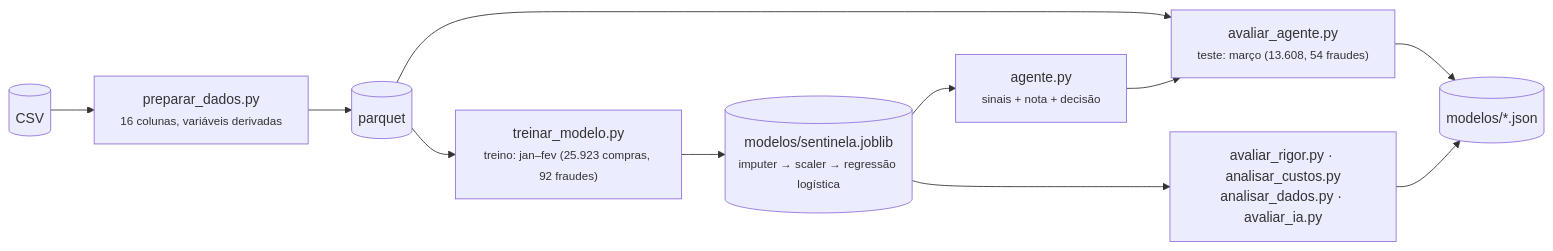
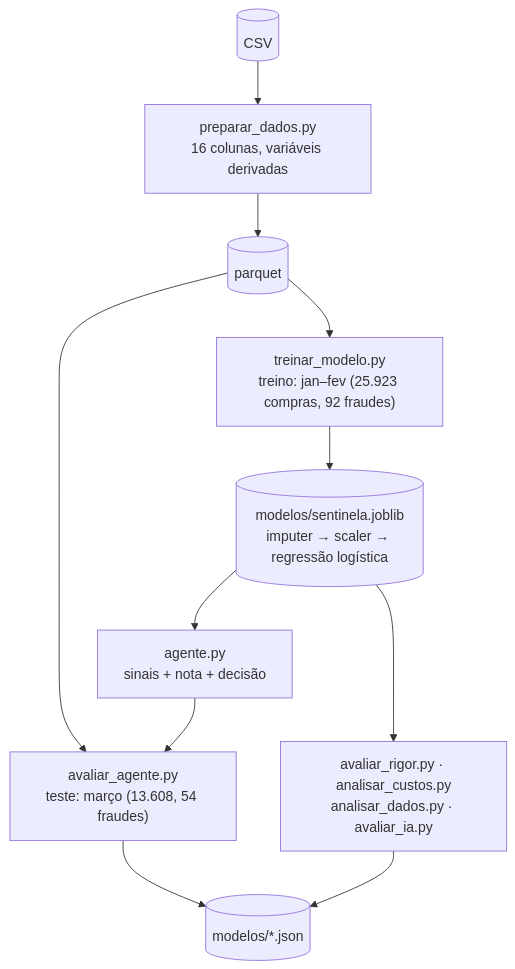
One commit to PedroMLegnaghi/Sentinela_IBM_SkillsBuildAILab_Sicredi_challenge changed diagram 11 of 15 in README.md. Above: the diagram before and after it, drawn with Mermaid. The commit also changed other lines of this file, not shown here.

Commit message:
docs: corrige a formatação dos diagramas do README no GitHub (#149)

````diff
--- a/README.md
+++ b/README.md
@@ -434,13 +435,13 @@
 ```mermaid
-flowchart LR
-    A[("CSV")] --> B["preparar_dados.py<br/><small>16 colunas, variáveis derivadas</small>"]
+flowchart TD
+    A[("CSV")] --> B["preparar_dados.py<br/>16 colunas, variáveis derivadas"]
     B --> C[("parquet")]
-    C --> D["treinar_modelo.py<br/><small>treino: jan–fev (25.923 compras, 92 fraudes)</small>"]
-    D --> E[("modelos/sentinela.joblib<br/><small>imputer → scaler → regressão logística</small>")]
-    E --> F["agente.py<br/><small>sinais + nota + decisão</small>"]
-    C --> G["avaliar_agente.py<br/><small>teste: março (13.608, 54 fraudes)</small>"]
+    C --> D["treinar_modelo.py<br/>treino: jan–fev (25.923 compras, 92 fraudes)"]
+    D --> E[("modelos/sentinela.joblib<br/>imputer → scaler → regressão logística")]
+    E --> F["agente.py<br/>sinais + nota + decisão"]
+    C --> G["avaliar_agente.py<br/>teste: março (13.608, 54 fraudes)"]
     F --> G
     G --> H[("modelos/*.json")]
     E --> I["avaliar_rigor.py · analisar_custos.py<br/>analisar_dados.py · avaliar_ia.py"]
     I --> H
 ```
````
